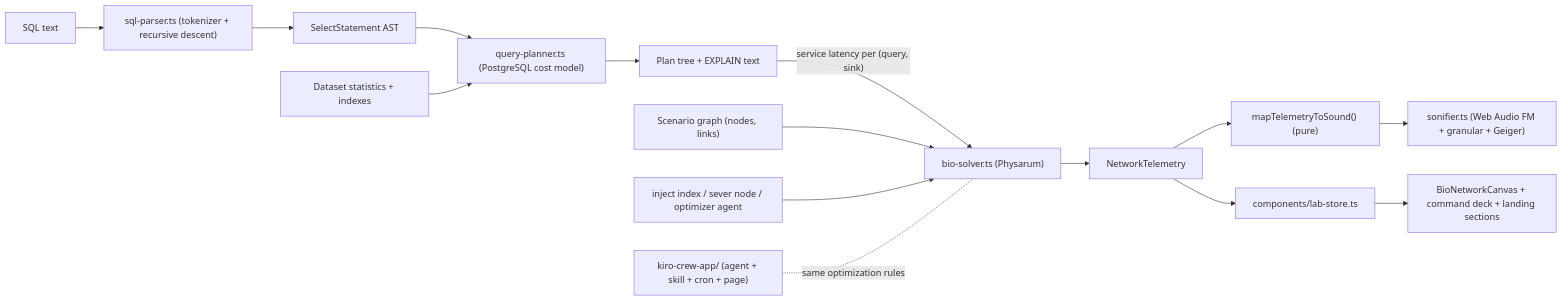
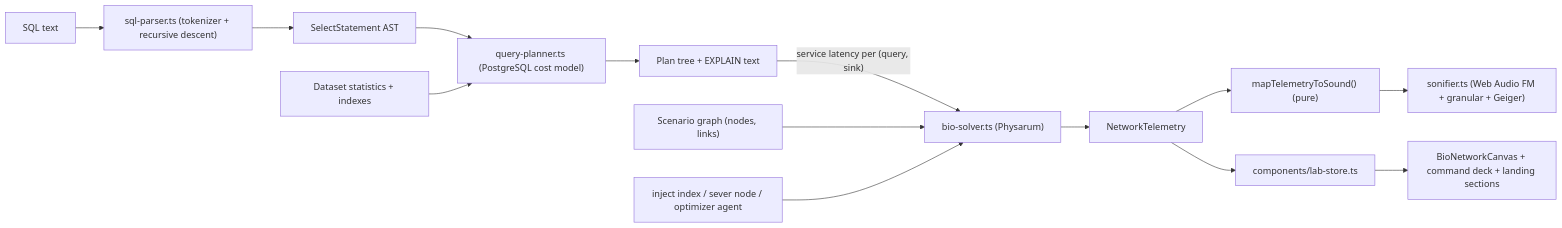
The diagram in .kiro/specs/neuro-chimera-synth/design.md (NOBA235/GenUI-kit), drawn with Mermaid before and after one commit. The commit also changed other lines of this file and 158 other files, not shown here.

````diff
--- a/.kiro/specs/neuro-chimera-synth/design.md
+++ b/.kiro/specs/neuro-chimera-synth/design.md
@@ -4,17 +4,16 @@
 ```mermaid
 flowchart LR
   SQL["SQL text"] --> Parser["sql-parser.ts (tokenizer + recursive descent)"]
   Parser --> AST["SelectStatement AST"]
   AST --> Planner["query-planner.ts (PostgreSQL cost model)"]
   Stats["Dataset statistics + indexes"] --> Planner
   Planner --> Plan["Plan tree + EXPLAIN text"]
   Plan -->|"service latency per (query, sink)"| Solver["bio-solver.ts (Physarum)"]
   Graph["Scenario graph (nodes, links)"] --> Solver
   Ops["inject index / sever node / optimizer agent"] --> Solver
   Solver --> Telemetry["NetworkTelemetry"]
   Telemetry --> Map["mapTelemetryToSound() (pure)"]
   Map --> Synth["sonifier.ts (Web Audio FM + granular + Geiger)"]
   Telemetry --> Store["components/lab-store.ts"]
   Store --> UI["BioNetworkCanvas + command deck + landing sections"]
-  Crew["kiro-crew-app/ (agent + skill + cron + page)"] -. "same optimization rules" .- Solver
 ```
````
